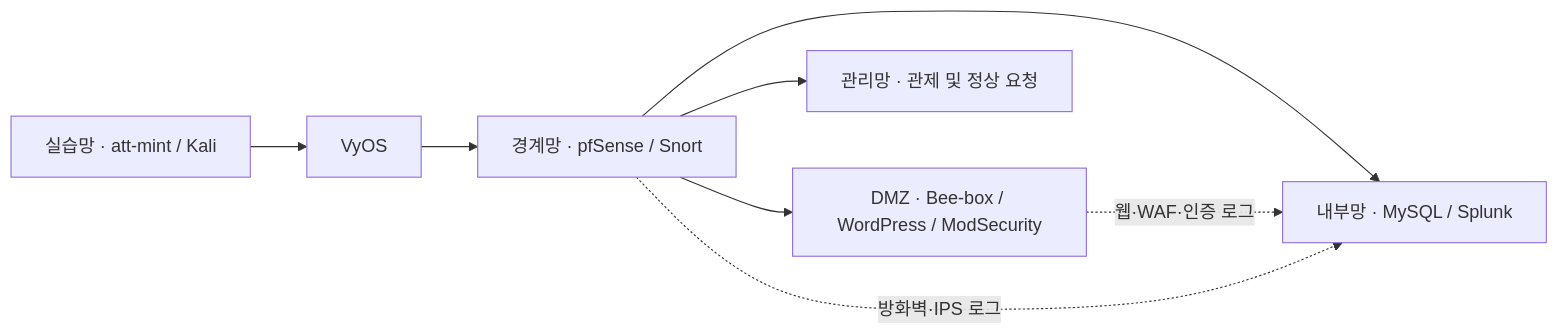
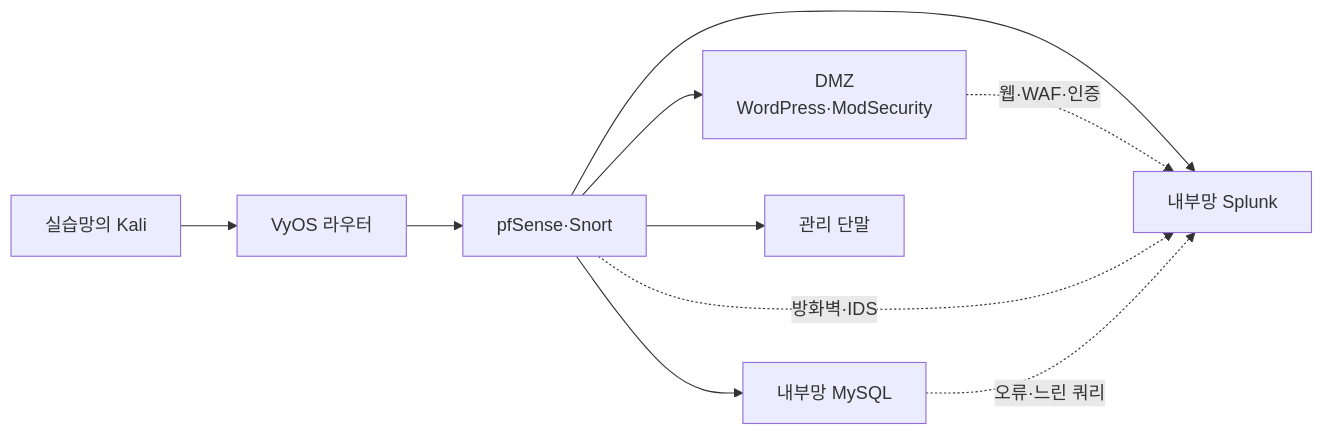
One commit to acvbbnm/siem-project changed the diagram in network/README.md. Above: the diagram before and after it, drawn with Mermaid. The commit also changed other lines of this file and 14 other files, not shown here.

```diff
--- a/network/README.md
+++ b/network/README.md
@@ -5,10 +9,12 @@
 ~~~mermaid
 flowchart LR
-    A["실습망 · att-mint / Kali"] --> V["VyOS"]
-    V --> F["경계망 · pfSense / Snort"]
-    F --> W["DMZ · Bee-box / WordPress / ModSecurity"]
-    F --> I["내부망 · MySQL / Splunk"]
-    F --> M["관리망 · 관제 및 정상 요청"]
-    W -. "웹·WAF·인증 로그" .-> I
-    F -. "방화벽·IPS 로그" .-> I
+    A["실습망의 Kali"] --> V["VyOS 라우터"]
+    V --> F["pfSense·Snort"]
+    F --> W["DMZ<br/>WordPress·ModSecurity"]
+    F --> D["내부망 MySQL"]
+    F --> S["내부망 Splunk"]
+    F --> M["관리 단말"]
+    W -. "웹·WAF·인증" .-> S
+    F -. "방화벽·IDS" .-> S
+    D -. "오류·느린 쿼리" .-> S
 ~~~
```
